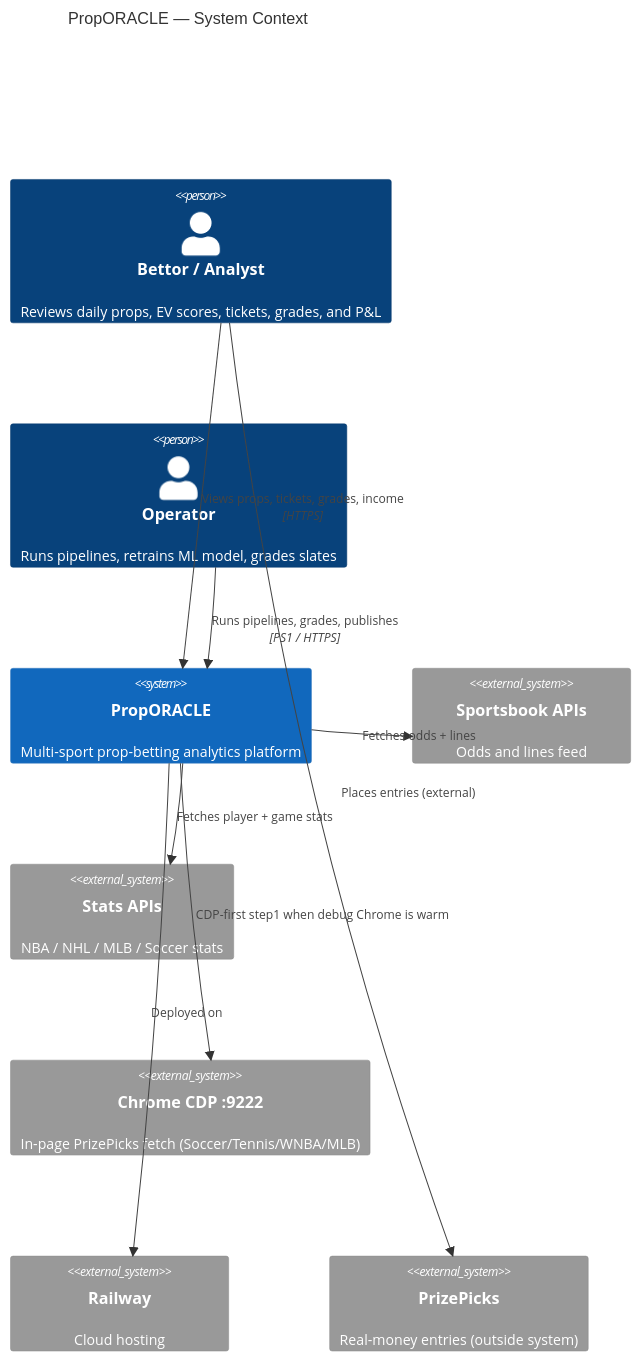
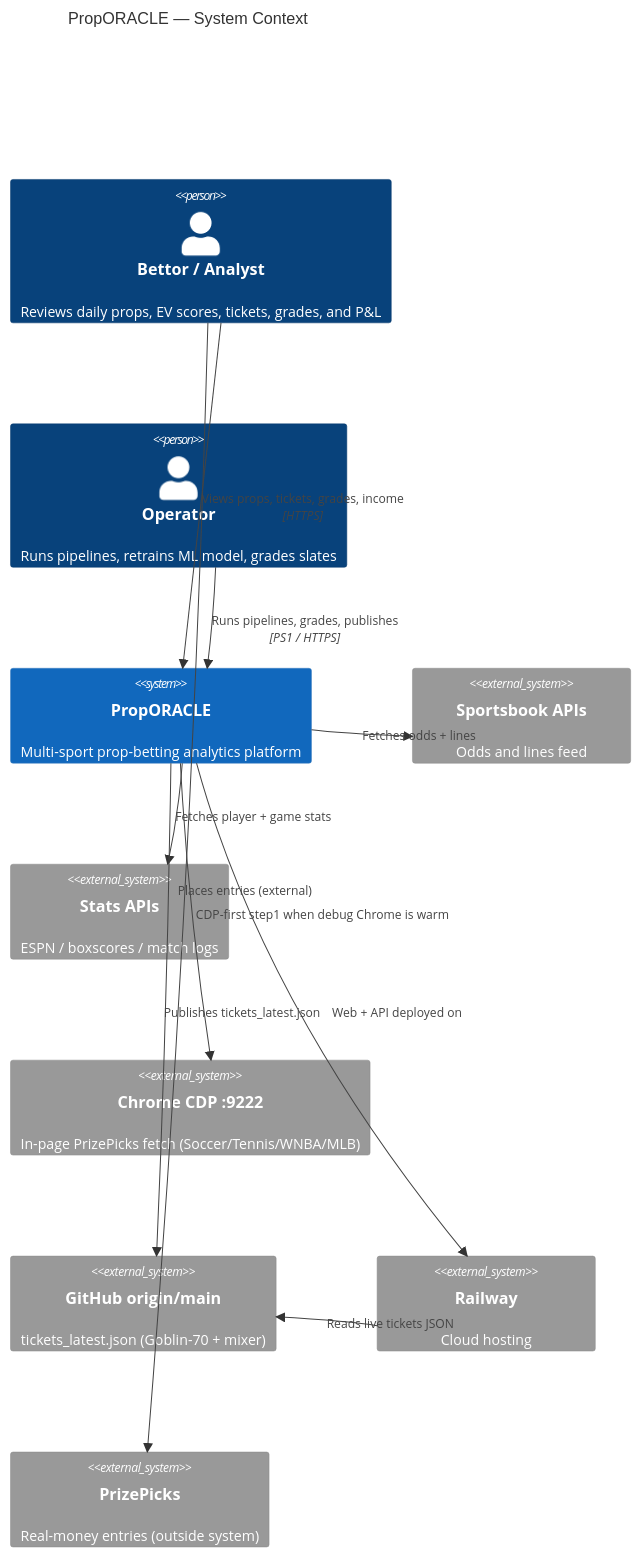
Before and after one commit to halekevi/NBA-Pipelines: the first of 3 diagrams in docs/diagrams/ARCHITECTURE.md, drawn with Mermaid. The commit also changed other lines of this file and 8 other files, not shown here.

First line of the commit message:
docs: Align UML and ownership with Goblin-70 live tickets.

````diff
--- a/docs/diagrams/ARCHITECTURE.md
+++ b/docs/diagrams/ARCHITECTURE.md
@@ -22,23 +22,26 @@
 ```mermaid
 C4Context
   title PropORACLE — System Context
 
   Person(bettor,     "Bettor / Analyst",  "Reviews daily props, EV scores, tickets, grades, and P&L")
   Person(operator,   "Operator",          "Runs pipelines, retrains ML model, grades slates")
 
   System(prop,       "PropORACLE",        "Multi-sport prop-betting analytics platform")
 
   System_Ext(sb,     "Sportsbook APIs",   "Odds and lines feed")
-  System_Ext(stats,  "Stats APIs",        "NBA / NHL / MLB / Soccer stats")
+  System_Ext(stats,  "Stats APIs",        "ESPN / boxscores / match logs")
   System_Ext(wt,     "Chrome CDP :9222",  "In-page PrizePicks fetch (Soccer/Tennis/WNBA/MLB)")
+  System_Ext(gh,     "GitHub origin/main","tickets_latest.json (Goblin-70 + mixer)")
   System_Ext(rail,   "Railway",           "Cloud hosting")
   System_Ext(pp,     "PrizePicks",        "Real-money entries (outside system)")
 
   Rel(bettor,    prop,  "Views props, tickets, grades, income", "HTTPS")
   Rel(operator,  prop,  "Runs pipelines, grades, publishes",    "PS1 / HTTPS")
   Rel(prop,      sb,    "Fetches odds + lines")
   Rel(prop,      stats, "Fetches player + game stats")
   Rel(prop,      wt,    "CDP-first step1 when debug Chrome is warm")
-  Rel(prop,      rail,  "Deployed on")
+  Rel(prop,      gh,    "Publishes tickets_latest.json")
+  Rel(rail,      gh,    "Reads live tickets JSON")
+  Rel(prop,      rail,  "Web + API deployed on")
   Rel(bettor,    pp,    "Places entries (external)")
 ```
````
